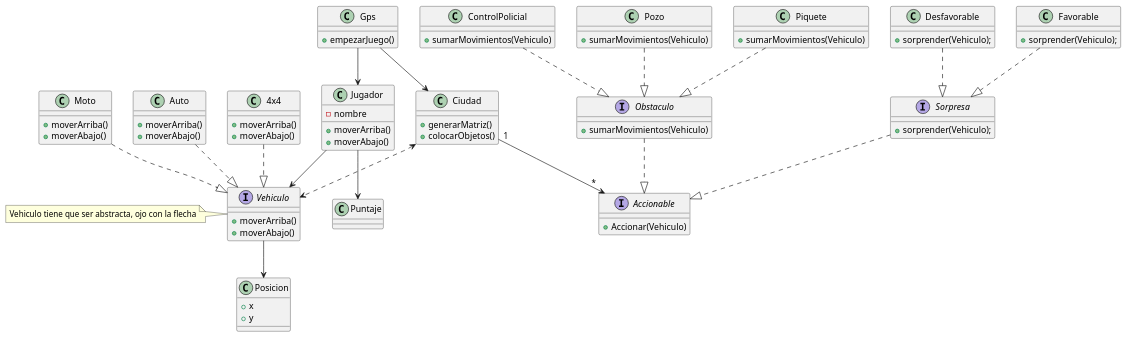
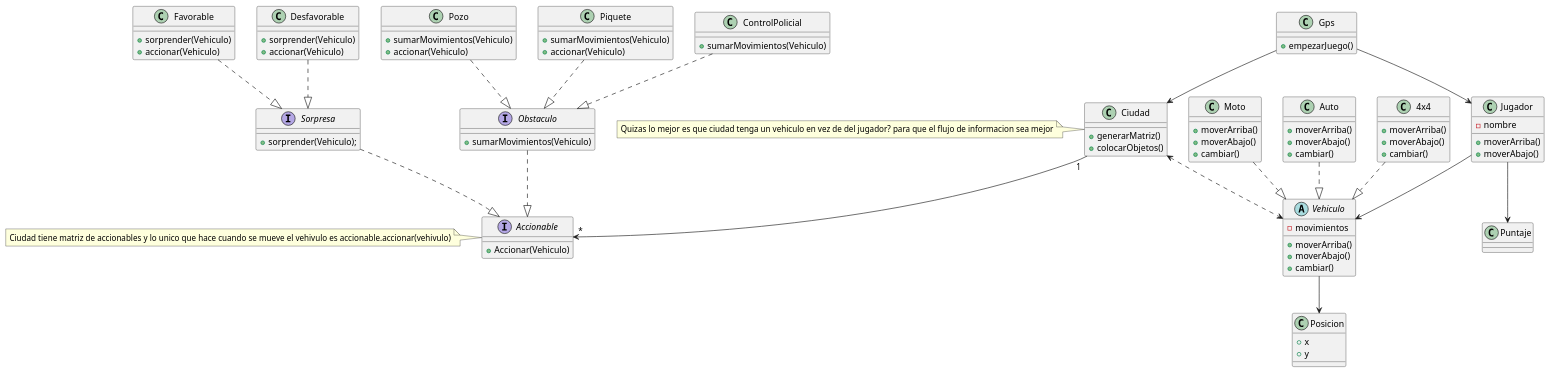
Before and after one commit to Fanusaez/algo3_tp2_2022: the diagram in diagrams/Entrega0/DiagramaDeClases.puml, drawn with PlantUML. The commit also changed 6 other files, not shown here.

```diff
--- a/diagrams/Entrega0/DiagramaDeClases.puml
+++ b/diagrams/Entrega0/DiagramaDeClases.puml
@@ -1,113 +1,123 @@
 @startuml
 'https://plantuml.com/class-diagram
 
 class Gps{
     + empezarJuego()
 }
 
 class Jugador{
     - nombre
 
     + moverArriba()
     + moverAbajo()
 }
 
-interface Vehiculo{
+abstract Vehiculo{
+    - movimientos
     + moverArriba()
     + moverAbajo()
+    + cambiar()
 }
 
 interface Accionable{
     +Accionar(Vehiculo)
 }
 
 class Moto{
     + moverArriba()
     + moverAbajo()
+    + cambiar()
 }
 class Auto{
     + moverArriba()
     + moverAbajo()
+    + cambiar()
 }
 
 class 4x4{
     + moverArriba()
     + moverAbajo()
+    + cambiar()
 }
 
 class Ciudad{
     + generarMatriz()
     + colocarObjetos()
 }
 
 class Posicion{
     + x
     + y
 }
 
 interface Sorpresa{
     + sorprender(Vehiculo);
 }
 
 class Favorable{
-    + sorprender(Vehiculo);
+    + sorprender(Vehiculo)
+    + accionar(Vehiculo)
 }
 
 class Desfavorable{
-    + sorprender(Vehiculo);
+    + sorprender(Vehiculo)
+    + accionar(Vehiculo)
 }
 
 interface Obstaculo{
     + sumarMovimientos(Vehiculo)
 }
 
 class Pozo{
     + sumarMovimientos(Vehiculo)
+     + accionar(Vehiculo)
 }
 
 class Piquete{
     + sumarMovimientos(Vehiculo)
+    + accionar(Vehiculo)
 }
 
 class ControlPolicial{
     + sumarMovimientos(Vehiculo)
+
 }
 
 
 class Posicion{
 
 }
 
 class Puntaje{
 }
 Moto ..|> Vehiculo
 Auto ..|> Vehiculo
 4x4 ..|> Vehiculo
 Gps --> Jugador
 Gps --> Ciudad
 Vehiculo --> Posicion
 Pozo ..|> Obstaculo
 
 Piquete ..|> Obstaculo
 
 ControlPolicial ..|> Obstaculo
 
 Ciudad "1" --> "*" Accionable
 Ciudad <..> Vehiculo
-Note left of Vehiculo: Vehiculo tiene que ser abstracta, ojo con la flecha
+
 Favorable ..|> Sorpresa
 
 Desfavorable ..|> Sorpresa
 
 Jugador --> Vehiculo
 Jugador --> Puntaje
 
 Sorpresa ..|> Accionable
 Obstaculo ..|> Accionable
 
-
-
+note left of Ciudad: Quizas lo mejor es que ciudad tenga un vehiculo en vez de del jugador? para que el flujo de informacion sea mejor
+note left of Accionable: Ciudad tiene matriz de accionables y lo unico que hace cuando se mueve el vehivulo es accionable.accionar(vehivulo)
 
 
 
 @enduml
```
